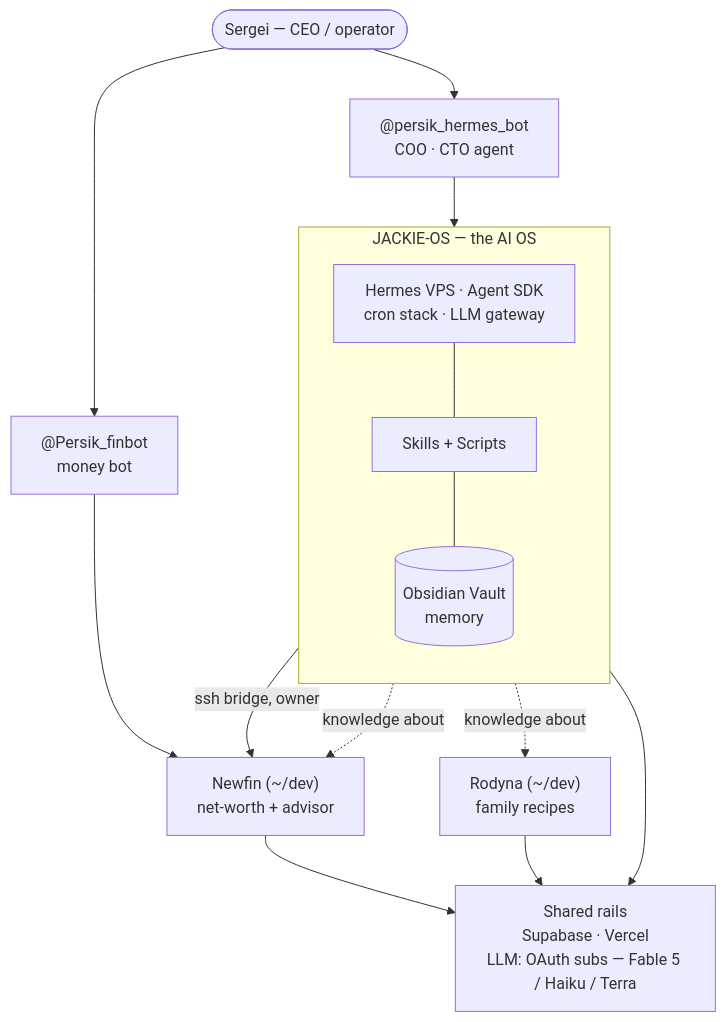
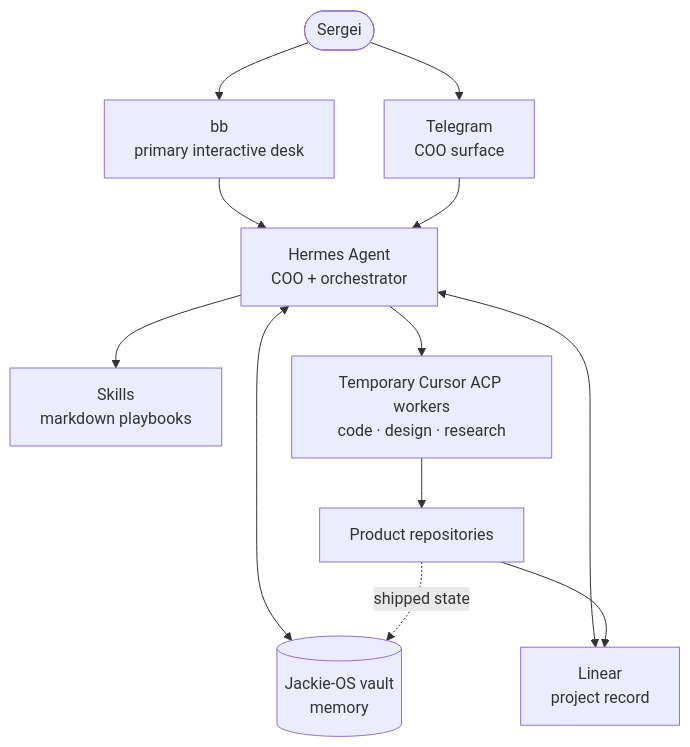
The diagram in docs-src/content/docs/architecture.md (sc-jackie/sergeichan), drawn with Mermaid before and after one commit. The commit also changed other lines of this file and 227 other files, not shown here.

````diff
--- a/docs-src/content/docs/architecture.md
+++ b/docs-src/content/docs/architecture.md
@@ -10,27 +8,24 @@
 ```mermaid
 flowchart TB
-    SERGEI(["Sergei — CEO / operator"])
-    FINBOT["@Persik_finbot<br>money bot"]
-    HERMESBOT["@persik_hermes_bot<br>COO · CTO agent"]
-    subgraph JOS["JACKIE-OS — the AI OS"]
-        direction TB
-        HERMES["Hermes VPS · Agent SDK<br>cron stack · LLM gateway"]
-        SKILLS["Skills + Scripts"]
-        VAULT[("Obsidian Vault<br>memory")]
-        HERMES --- SKILLS --- VAULT
-    end
-    NEWFIN["Newfin (~/dev)<br>net-worth + advisor"]
-    RODYNA["Rodyna (~/dev)<br>family recipes"]
-    RAILS["Shared rails<br>Supabase · Vercel<br>LLM: OAuth subs — Fable 5 / Haiku / Terra"]
+    SERGEI(["Sergei"])
+    BB["bb<br/>primary interactive desk"]
+    TELEGRAM["Telegram<br/>COO surface"]
+    HERMES["Hermes Agent<br/>COO + orchestrator"]
+    VAULT[("Jackie-OS vault<br/>memory")]
+    SKILLS["Skills<br/>markdown playbooks"]
+    LINEAR["Linear<br/>project record"]
+    WORKERS["Temporary Cursor ACP workers<br/>code · design · research"]
+    REPOS["Product repositories"]
 
-    SERGEI --> FINBOT
-    SERGEI --> HERMESBOT
-    HERMESBOT --> JOS
-    FINBOT --> NEWFIN
-    JOS -->|ssh bridge, owner| NEWFIN
-    JOS -.->|knowledge about| NEWFIN
-    JOS -.->|knowledge about| RODYNA
-    NEWFIN --> RAILS
-    RODYNA --> RAILS
-    JOS --> RAILS
+    SERGEI --> BB
+    SERGEI --> TELEGRAM
+    BB --> HERMES
+    TELEGRAM --> HERMES
+    HERMES <--> VAULT
+    HERMES --> SKILLS
+    HERMES <--> LINEAR
+    HERMES --> WORKERS
+    WORKERS --> REPOS
+    REPOS --> LINEAR
+    REPOS -. "shipped state" .-> VAULT
 ```
````
